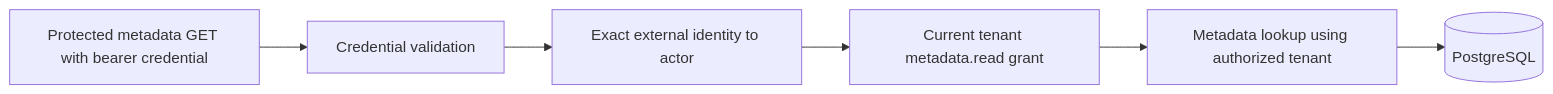
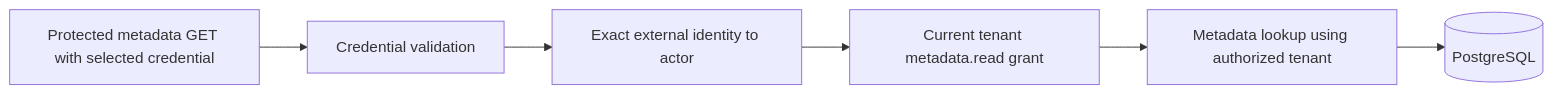
The second of 6 diagrams in docs/architecture/README.md (stanimirivanov/fleetiq-platform), drawn with Mermaid before and after one commit. The commit also changed other lines of this file and 98 other files, not shown here.

````diff
--- a/docs/architecture/README.md
+++ b/docs/architecture/README.md
@@ -56,11 +58,11 @@
 ```mermaid
 flowchart LR
-    Request[Protected metadata GET with bearer credential]
+    Request[Protected metadata GET with selected credential]
     Validator[Credential validation]
     Resolver[Exact external identity to actor]
     Policy[Current tenant metadata.read grant]
     Service[Metadata lookup using authorized tenant]
     Store[(PostgreSQL)]
 
     Request --> Validator --> Resolver --> Policy --> Service --> Store
 ```
````
